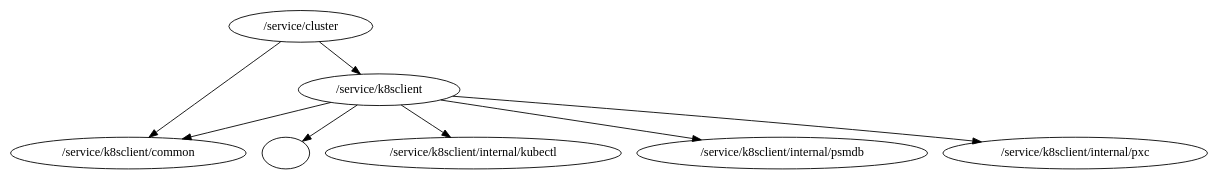
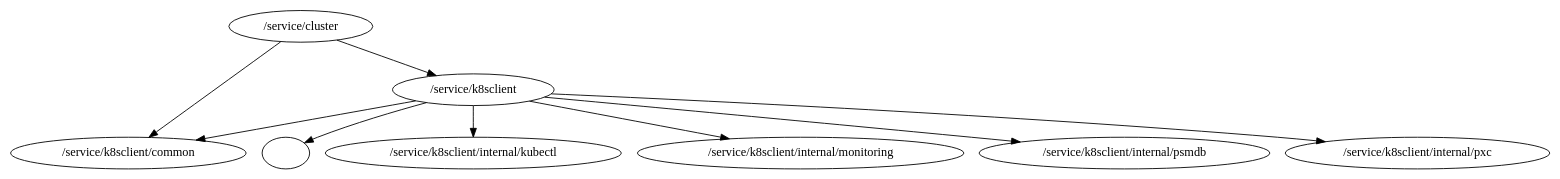
Before and after one commit to percona/dbaas-controller: the diagram in packages.dot, drawn with Graphviz.

Commit message:
PMM-8214 Fix CI.

```diff
--- a/packages.dot
+++ b/packages.dot
@@ -1,9 +1,10 @@
 digraph packages {
 	"/service/cluster" -> "/service/k8sclient";
 	"/service/cluster" -> "/service/k8sclient/common";
 	"/service/k8sclient" -> "";
 	"/service/k8sclient" -> "/service/k8sclient/common";
 	"/service/k8sclient" -> "/service/k8sclient/internal/kubectl";
+	"/service/k8sclient" -> "/service/k8sclient/internal/monitoring";
 	"/service/k8sclient" -> "/service/k8sclient/internal/psmdb";
 	"/service/k8sclient" -> "/service/k8sclient/internal/pxc";
 }
```
